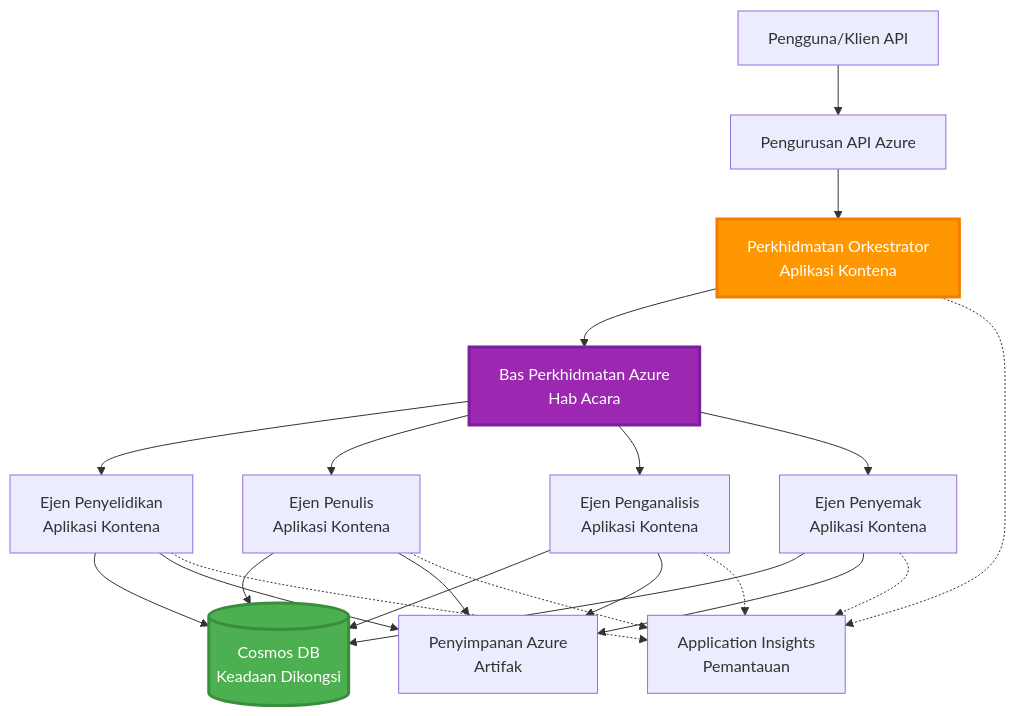
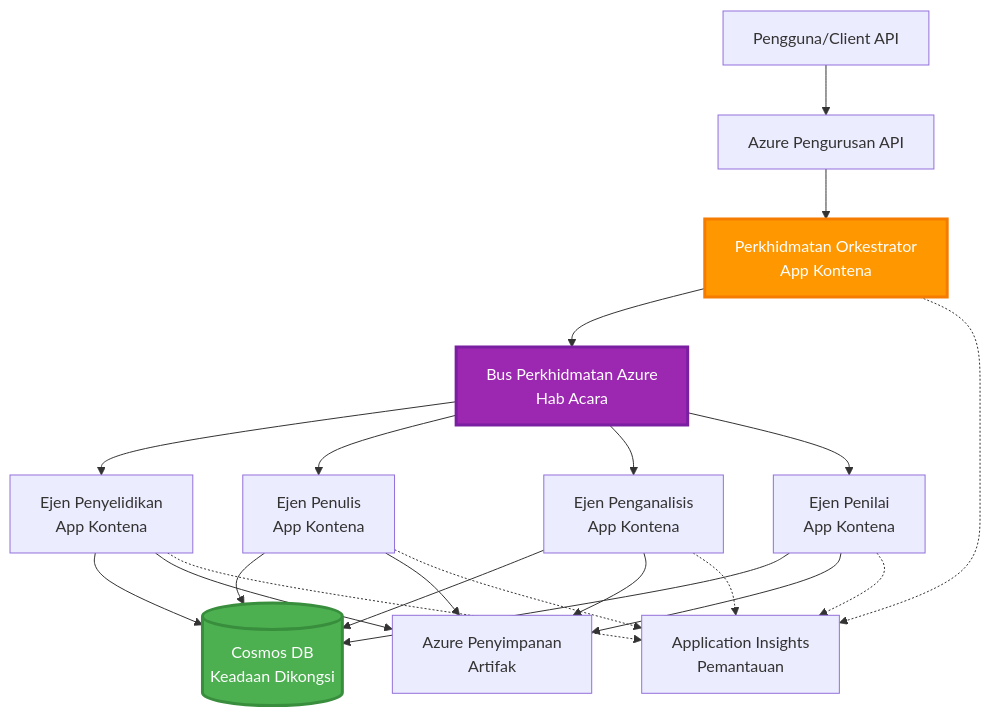
Before and after one commit to microsoft/AZD-for-beginners: the sixth of 6 diagrams in translations/ms/docs/chapter-06-pre-deployment/coordination-patterns.md, drawn with Mermaid. The commit also changed other lines of this file and 101 other files, not shown here.

````diff
--- a/translations/ms/docs/chapter-06-pre-deployment/coordination-patterns.md
+++ b/translations/ms/docs/chapter-06-pre-deployment/coordination-patterns.md
@@ -271,45 +265,45 @@
 ```mermaid
 graph TB
-    User[Pengguna/Klien API]
-    APIM[Pengurusan API Azure]
-    Orchestrator[Perkhidmatan Orkestrator<br/>Aplikasi Kontena]
-    ServiceBus[Bas Perkhidmatan Azure<br/>Hab Acara]
+    User[Pengguna/Client API]
+    APIM[Azure Pengurusan API]
+    Orchestrator[Perkhidmatan Orkestrator<br/>App Kontena]
+    ServiceBus[Bus Perkhidmatan Azure<br/>Hab Acara]
     
-    Agent1[Ejen Penyelidikan<br/>Aplikasi Kontena]
-    Agent2[Ejen Penulis<br/>Aplikasi Kontena]
-    Agent3[Ejen Penganalisis<br/>Aplikasi Kontena]
-    Agent4[Ejen Penyemak<br/>Aplikasi Kontena]
+    Agent1[Ejen Penyelidikan<br/>App Kontena]
+    Agent2[Ejen Penulis<br/>App Kontena]
+    Agent3[Ejen Penganalisis<br/>App Kontena]
+    Agent4[Ejen Penilai<br/>App Kontena]
     
     CosmosDB[(Cosmos DB<br/>Keadaan Dikongsi)]
-    Storage[Penyimpanan Azure<br/>Artifak]
+    Storage[Azure Penyimpanan<br/>Artifak]
     AppInsights[Application Insights<br/>Pemantauan]
     
     User --> APIM
     APIM --> Orchestrator
     
     Orchestrator --> ServiceBus
     ServiceBus --> Agent1
     ServiceBus --> Agent2
     ServiceBus --> Agent3
     ServiceBus --> Agent4
     
     Agent1 --> CosmosDB
     Agent2 --> CosmosDB
     Agent3 --> CosmosDB
     Agent4 --> CosmosDB
     
     Agent1 --> Storage
     Agent2 --> Storage
     Agent3 --> Storage
     Agent4 --> Storage
     
     Orchestrator -.-> AppInsights
     Agent1 -.-> AppInsights
     Agent2 -.-> AppInsights
     Agent3 -.-> AppInsights
     Agent4 -.-> AppInsights
     
     style Orchestrator fill:#FF9800,stroke:#F57C00,stroke-width:3px,color:#fff
     style ServiceBus fill:#9C27B0,stroke:#7B1FA2,stroke-width:3px,color:#fff
     style CosmosDB fill:#4CAF50,stroke:#388E3C,stroke-width:3px,color:#fff
 ```
````
